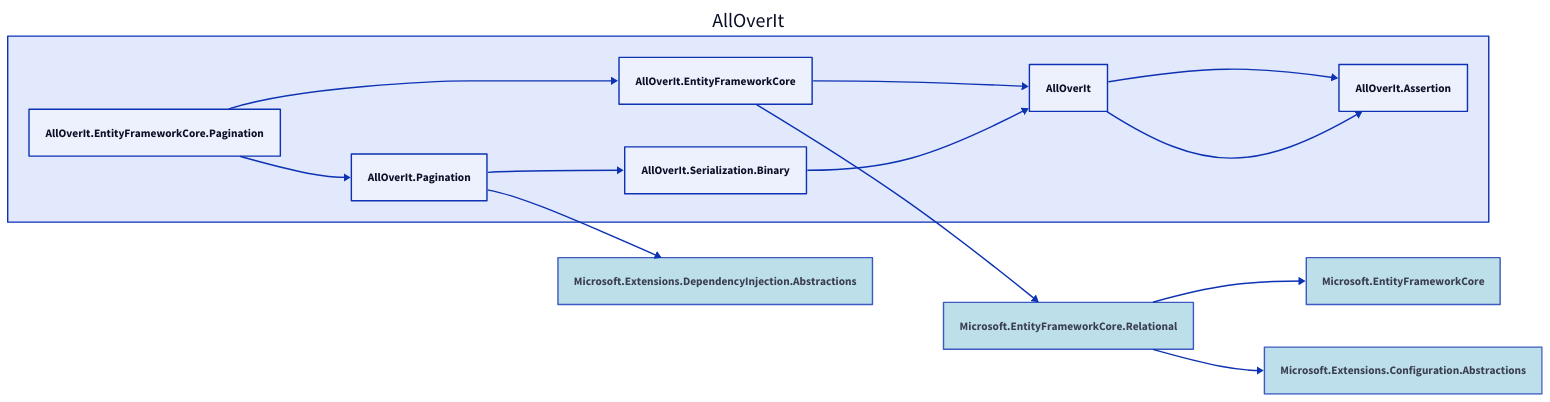
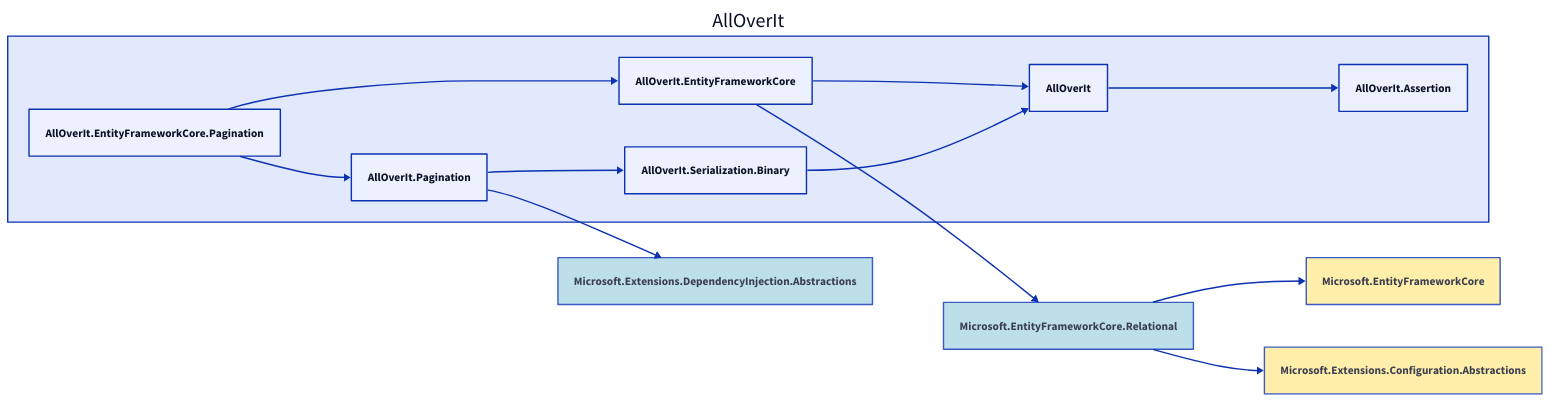
One commit to nickathone/AllOverIt changed the diagram in Docs/Dependencies/alloverit-entityframeworkcore-pagination.d2. Above: the diagram before and after it, drawn with D2. The commit also changed 71 other files, not shown here.

Commit message:
Dependency diagram updates

```diff
--- a/Docs/Dependencies/alloverit-entityframeworkcore-pagination.d2
+++ b/Docs/Dependencies/alloverit-entityframeworkcore-pagination.d2
@@ -1,33 +1,31 @@
 direction: right
 
 aoi: AllOverIt
 aoi.alloverit-entityframeworkcore-pagination: AllOverIt.EntityFrameworkCore.Pagination
 aoi.alloverit-entityframeworkcore: AllOverIt.EntityFrameworkCore
+microsoft-entityframeworkcore-relational: Microsoft.EntityFrameworkCore.Relational
+microsoft-entityframeworkcore-relational.style.fill: "#ADD8E6"
+microsoft-entityframeworkcore-relational.style.opacity: 0.8
+microsoft-entityframeworkcore: Microsoft.EntityFrameworkCore
+microsoft-entityframeworkcore.style.fill: "#FFEC96"
+microsoft-entityframeworkcore.style.opacity: 0.8
+microsoft-entityframeworkcore <- microsoft-entityframeworkcore-relational
+microsoft-extensions-configuration-abstractions: Microsoft.Extensions.Configuration.Abstractions
+microsoft-extensions-configuration-abstractions.style.fill: "#FFEC96"
+microsoft-extensions-configuration-abstractions.style.opacity: 0.8
+microsoft-extensions-configuration-abstractions <- microsoft-entityframeworkcore-relational
+microsoft-entityframeworkcore-relational <- aoi.alloverit-entityframeworkcore
 aoi.alloverit: AllOverIt
 aoi.alloverit-assertion: AllOverIt.Assertion
-microsoft-entityframeworkcore-relational: Microsoft.EntityFrameworkCore.Relational
-microsoft-entityframeworkcore-relational.style.fill: lightblue
-microsoft-entityframeworkcore-relational.style.opacity: 0.8
-microsoft-entityframeworkcore: Microsoft.EntityFrameworkCore
-microsoft-entityframeworkcore.style.fill: lightblue
-microsoft-entityframeworkcore.style.opacity: 0.8
-microsoft-extensions-configuration-abstractions: Microsoft.Extensions.Configuration.Abstractions
-microsoft-extensions-configuration-abstractions.style.fill: lightblue
-microsoft-extensions-configuration-abstractions.style.opacity: 0.8
+aoi.alloverit-assertion <- aoi.alloverit
+aoi.alloverit <- aoi.alloverit-entityframeworkcore
+aoi.alloverit-entityframeworkcore <- aoi.alloverit-entityframeworkcore-pagination
 aoi.alloverit-pagination: AllOverIt.Pagination
+microsoft-extensions-dependencyinjection-abstractions: Microsoft.Extensions.DependencyInjection.Abstractions
+microsoft-extensions-dependencyinjection-abstractions.style.fill: "#ADD8E6"
+microsoft-extensions-dependencyinjection-abstractions.style.opacity: 0.8
+microsoft-extensions-dependencyinjection-abstractions <- aoi.alloverit-pagination
 aoi.alloverit-serialization-binary: AllOverIt.Serialization.Binary
-microsoft-extensions-dependencyinjection-abstractions: Microsoft.Extensions.DependencyInjection.Abstractions
-microsoft-extensions-dependencyinjection-abstractions.style.fill: lightblue
-microsoft-extensions-dependencyinjection-abstractions.style.opacity: 0.8
-
-aoi.alloverit-entityframeworkcore <- aoi.alloverit-entityframeworkcore-pagination
-aoi.alloverit <- aoi.alloverit-entityframeworkcore
-aoi.alloverit-assertion <- aoi.alloverit
-microsoft-entityframeworkcore-relational <- aoi.alloverit-entityframeworkcore
-microsoft-entityframeworkcore <- microsoft-entityframeworkcore-relational
-microsoft-extensions-configuration-abstractions <- microsoft-entityframeworkcore-relational
+aoi.alloverit <- aoi.alloverit-serialization-binary
+aoi.alloverit-serialization-binary <- aoi.alloverit-pagination
 aoi.alloverit-pagination <- aoi.alloverit-entityframeworkcore-pagination
-aoi.alloverit-serialization-binary <- aoi.alloverit-pagination
-aoi.alloverit <- aoi.alloverit-serialization-binary
-aoi.alloverit-assertion <- aoi.alloverit
-microsoft-extensions-dependencyinjection-abstractions <- aoi.alloverit-pagination
```
